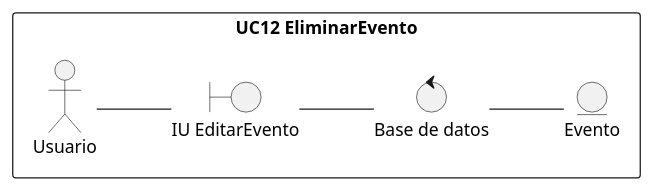
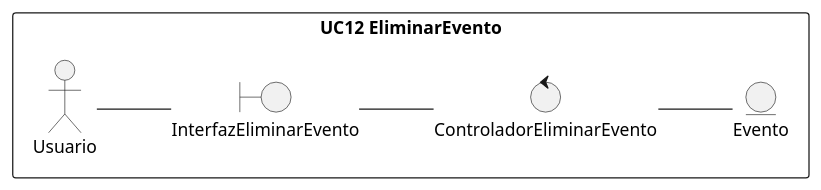
Before and after one commit to RolandoU548/Plataforma-Digital-IS: the diagram in docs/scenariosView/diagramas-de-analisis/DA12.plantuml, drawn with PlantUML. The commit also changed 15 other files, not shown here.

Commit message:
diagrama de clases de analisis

```diff
--- a/docs/scenariosView/diagramas-de-analisis/DA12.plantuml
+++ b/docs/scenariosView/diagramas-de-analisis/DA12.plantuml
@@ -1,30 +1,30 @@
-@startuml r11
+@startuml DA12
 /'
     Crear el diagrama de clases de análisis y de colaboración de los casos de uso prioritarios del proyecto.
 
     Para conseguir el diagrama de clases seguir los siguientes pasos:
 
     1. Identificar las clases Entidad (Modelo)
     2. Identificar las clases Interfaz (Vista)
     3. Identificar las clases Control (Controlador)
     4. Identificar las relaciones entre estas clases
     
     Este diagrama debe ser específico de un caso de uso y las clases deben ser representadas con sus estereotipos.
     
     Para conseguir el diagrama de colaboración, identifique las relaciones (enlaces) entre los objetos y los requerimientos (mensajes) sobre cada objeto involucrado en la descripción del caso de uso.
 '/
 left to right direction
 
 rectangle "UC12 EliminarEvento"{
     actor Usuario 
     entity Evento as e1
-    boundary "IU EditarEvento" as i1
-    control "Base de datos" as c1
+    boundary "InterfazEliminarEvento" as i1
+    control "ControladorEliminarEvento" as c1
 }
 Usuario -- i1
 i1 -- c1
 c1 -- e1
 
 
 
 @enduml
```
